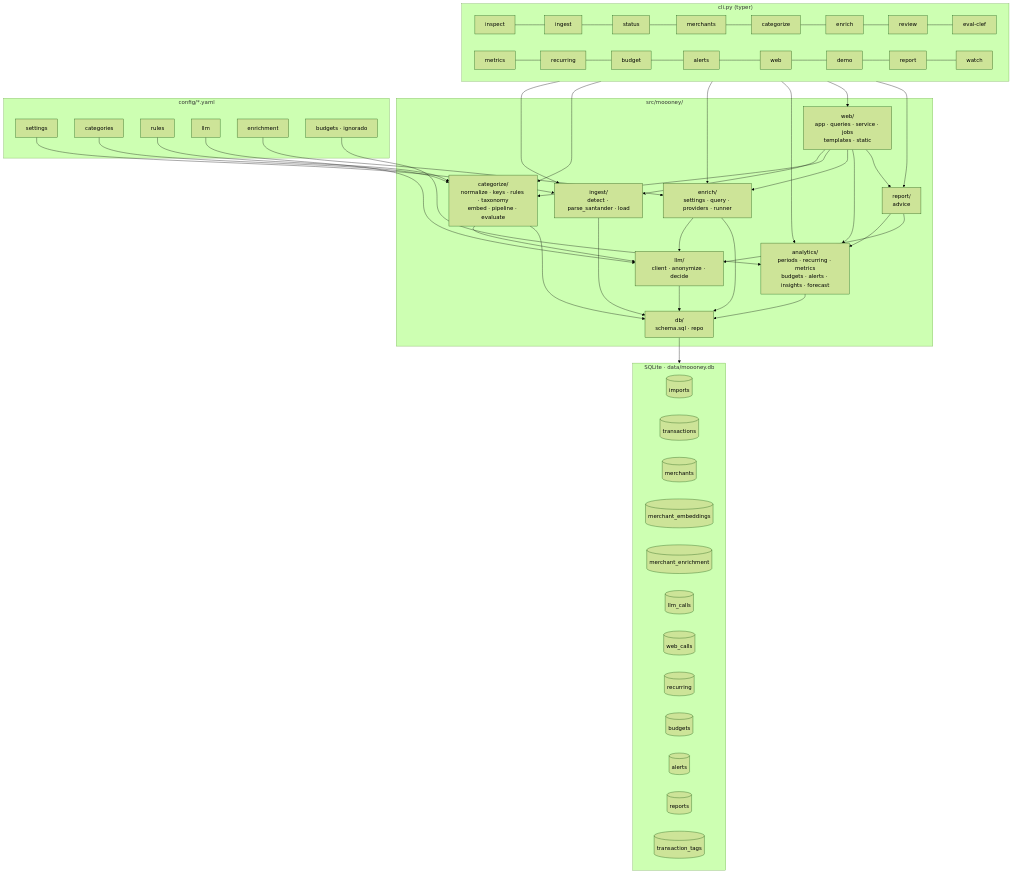
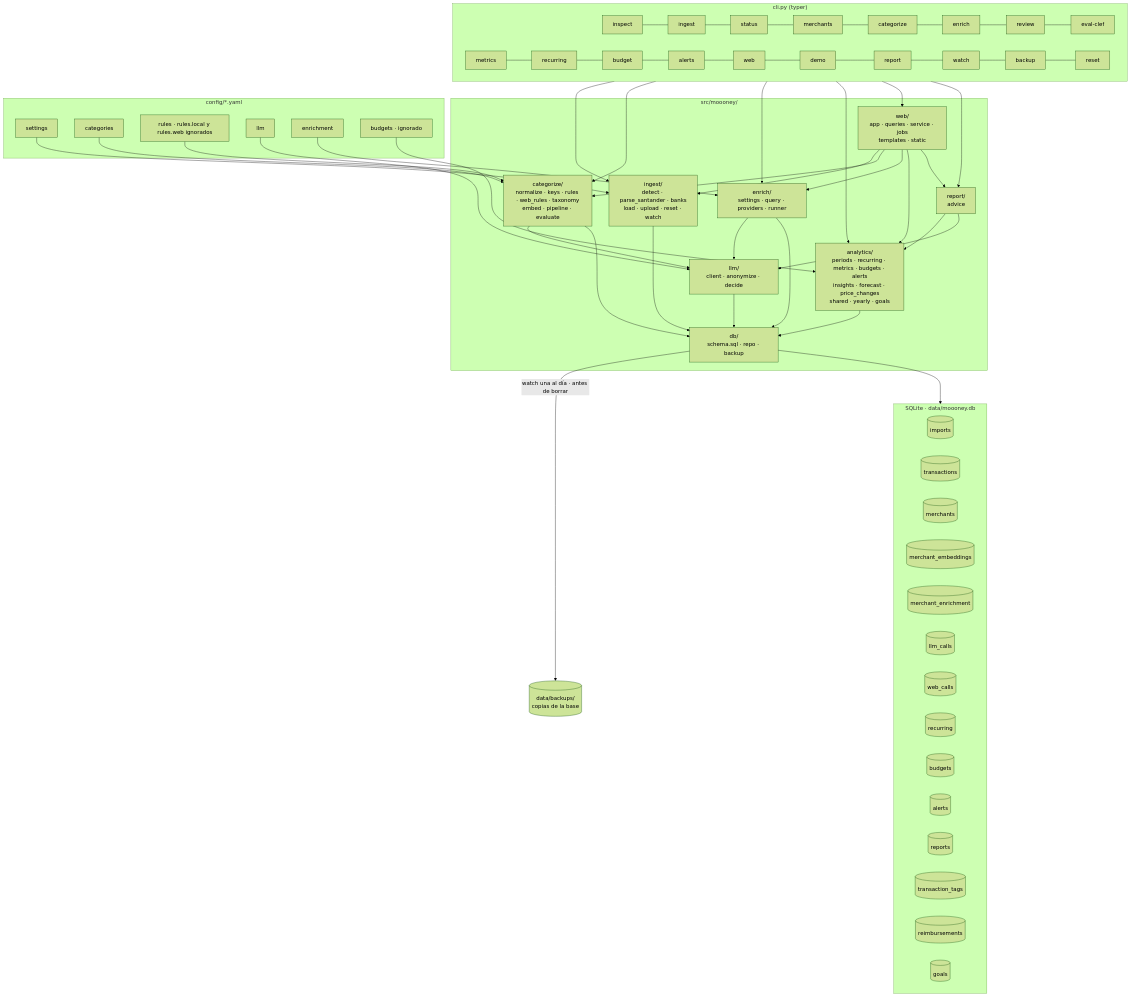
The fourth of 4 diagrams in docs/ARQUITECTURA.md (scavero/moooney), drawn with Mermaid (forest theme) before and after one commit. The commit also changed 2 other files, not shown here.

Commit message:
docs: páginas nuevas, módulos y tablas (copias, compartidos, metas, reglas web)

````diff
--- a/docs/ARQUITECTURA.md
+++ b/docs/ARQUITECTURA.md
@@ -164,56 +164,61 @@
 ```mermaid
 flowchart TB
     subgraph cli["cli.py (typer)"]
         C1[inspect] --- C2[ingest] --- C3[status] --- C4[merchants] --- C5[categorize] --- C6[enrich] --- C7[review] --- C8[eval-clef]
-        C9[metrics] --- C10[recurring] --- C11[budget] --- C12[alerts] --- C13[web] --- C14[demo] --- C15[report] --- C16[watch]
+        C9[metrics] --- C10[recurring] --- C11[budget] --- C12[alerts] --- C13[web] --- C14[demo] --- C15[report] --- C16[watch] --- C17[backup] --- C18[reset]
     end
 
     subgraph src["src/moooney/"]
-        ING["ingest/<br/>detect · parse_santander · load"]
-        CAT["categorize/<br/>normalize · keys · rules · taxonomy<br/>embed · pipeline · evaluate"]
+        ING["ingest/<br/>detect · parse_santander · banks<br/>load · upload · reset · watch"]
+        CAT["categorize/<br/>normalize · keys · rules · web_rules · taxonomy<br/>embed · pipeline · evaluate"]
         ENRM["enrich/<br/>settings · query · providers · runner"]
-        ANA["analytics/<br/>periods · recurring · metrics<br/>budgets · alerts · insights · forecast"]
+        ANA["analytics/<br/>periods · recurring · metrics · budgets · alerts<br/>insights · forecast · price_changes<br/>shared · yearly · goals"]
         REP["report/<br/>advice"]
         WEB["web/<br/>app · queries · service · jobs<br/>templates · static"]
         LLM["llm/<br/>client · anonymize · decide"]
-        DBM["db/<br/>schema.sql · repo"]
+        DBM["db/<br/>schema.sql · repo · backup"]
     end
 
     subgraph tablas["SQLite · data/moooney.db"]
         T1[(imports)]
         T2[(transactions)]
         T3[(merchants)]
         T4[(merchant_embeddings)]
         T5[(merchant_enrichment)]
         T6[(llm_calls)]
         T7[(web_calls)]
         T8[(recurring)]
         T9[(budgets)]
         T10[(alerts)]
         T11[(reports)]
         T12[(transaction_tags)]
+        T13[(reimbursements)]
+        T14[(goals)]
     end
+
+    BK[("data/backups/<br/>copias de la base")]
 
     subgraph cfg["config/*.yaml"]
         Y1[settings]
         Y2[categories]
-        Y3[rules]
+        Y3[rules · rules.local y rules.web ignorados]
         Y4[llm]
         Y5[enrichment]
         Y6[budgets · ignorado]
     end
 
     cli --> ING & CAT & ENRM & ANA & WEB & REP
     WEB --> ING & CAT & ENRM & ANA & REP
     REP --> ANA & LLM
     CAT --> LLM
     ENRM --> LLM
     ING & CAT & ENRM & ANA & LLM --> DBM --> tablas
+    DBM -- "watch una al día · antes de borrar" --> BK
     Y1 --> ING
     Y2 & Y3 --> CAT
     Y4 --> LLM
     Y5 --> ENRM
     Y6 --> ANA
 
     classDef todo fill:#eee,stroke:#999,color:#666,stroke-dasharray: 4 3
 ```
````
